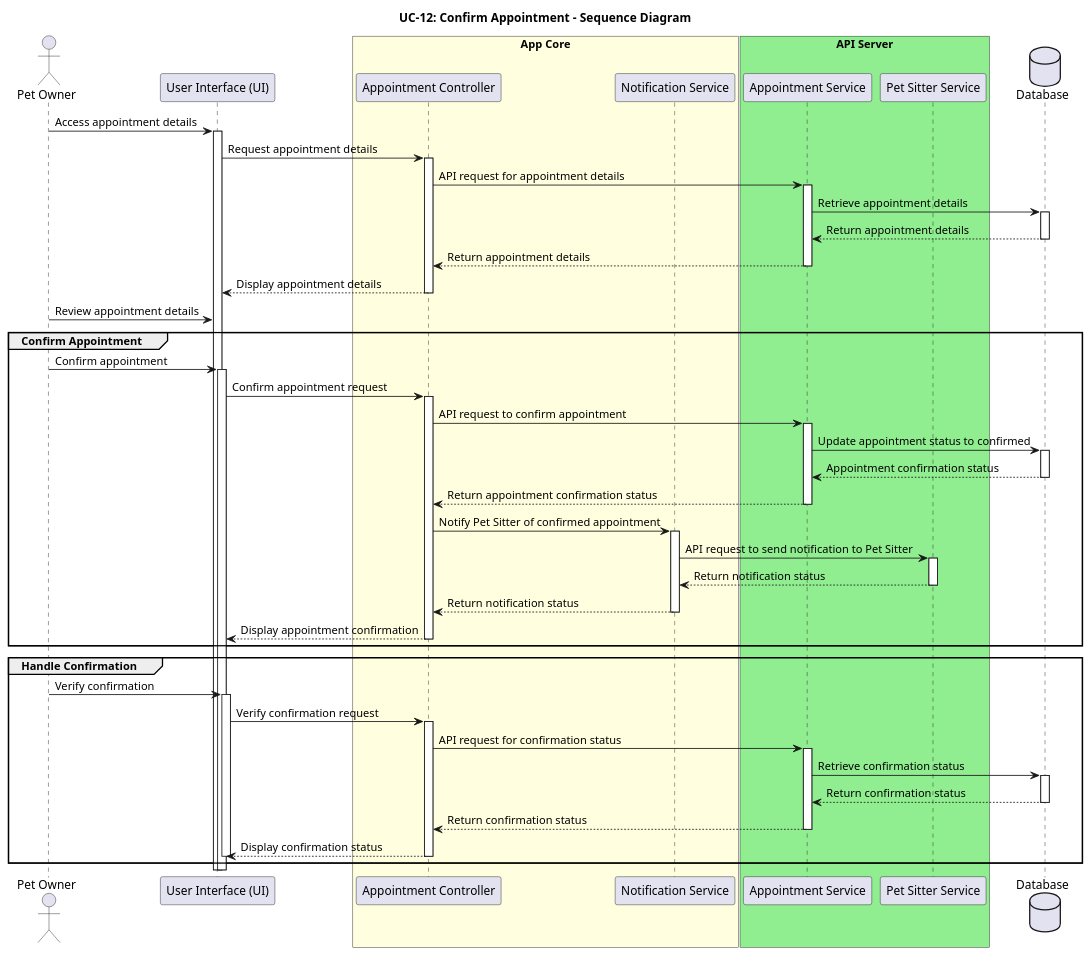
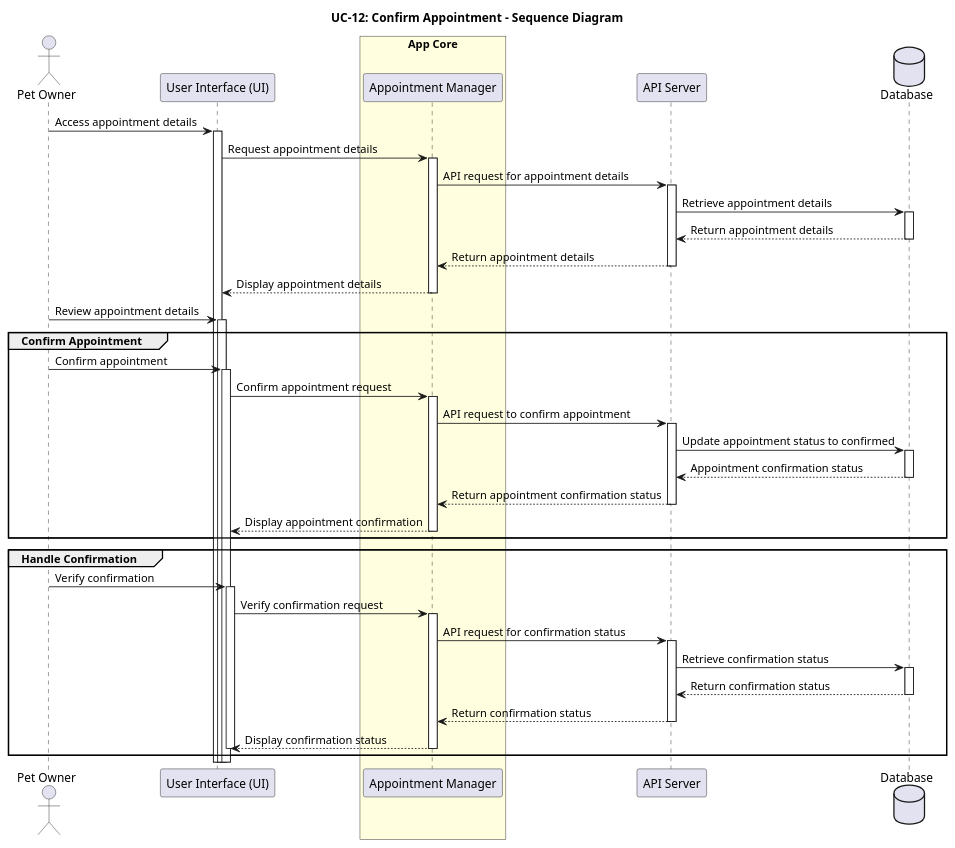
The diagram in Documents/PlantUML/UC-12_SEQUENCE_Diagram.puml (IrenePorta/PetSitters), drawn with PlantUML before and after one commit. The commit also changed other lines of this file, not shown here.

```diff
--- a/Documents/PlantUML/UC-12_SEQUENCE_Diagram.puml
+++ b/Documents/PlantUML/UC-12_SEQUENCE_Diagram.puml
@@ -1,98 +1,64 @@
 @startuml
 title UC-12: Confirm Appointment - Sequence Diagram
 
 actor "Pet Owner" as owner
 participant "User Interface (UI)" as ui
 box "App Core" #LightYellow
-  participant "Appointment Controller" as appCtrl
-  participant "Notification Service" as notifService
+  participant "Appointment Manager" as core
 end box
-box "API Server" #LightGreen
-  participant "Appointment Service" as appService
-  participant "Pet Sitter Service" as sitterService
-end box
+participant "API Server" as server
 database "Database" as db
 
 owner -> ui: Access appointment details
 activate ui
-
-ui -> appCtrl: Request appointment details
-activate appCtrl
-
-appCtrl -> appService: API request for appointment details
-activate appService
-
-appService -> db: Retrieve appointment details
+ui -> core: Request appointment details
+activate core
+core -> server: API request for appointment details
+activate server
+server -> db: Retrieve appointment details
 activate db
-
-db --> appService: Return appointment details
+db --> server: Return appointment details
 deactivate db
-
-appService --> appCtrl: Return appointment details
-deactivate appService
-
-appCtrl --> ui: Display appointment details
-deactivate appCtrl
-
+server --> core: Return appointment details
+deactivate server
+core --> ui: Display appointment details
+deactivate core
 owner -> ui: Review appointment details
+activate ui
 
 group Confirm Appointment
     owner -> ui: Confirm appointment
     activate ui
-
-    ui -> appCtrl: Confirm appointment request
-    activate appCtrl
-
-    appCtrl -> appService: API request to confirm appointment
-    activate appService
-
-    appService -> db: Update appointment status to confirmed
+    ui -> core: Confirm appointment request
+    activate core
+    core -> server: API request to confirm appointment
+    activate server
+    server -> db: Update appointment status to confirmed
     activate db
-
-    db --> appService: Appointment confirmation status
+    db --> server: Appointment confirmation status
     deactivate db
-
-    appService --> appCtrl: Return appointment confirmation status
-    deactivate appService
-
-    appCtrl -> notifService: Notify Pet Sitter of confirmed appointment
-    activate notifService
-
-    notifService -> sitterService: API request to send notification to Pet Sitter
-    activate sitterService
-
-    sitterService --> notifService: Return notification status
-    deactivate sitterService
-
-    notifService --> appCtrl: Return notification status
-    deactivate notifService
-
-    appCtrl --> ui: Display appointment confirmation
-    deactivate appCtrl
+    server --> core: Return appointment confirmation status
+    deactivate server
+    core --> ui: Display appointment confirmation
+    deactivate core
 end group
 
 group Handle Confirmation
     owner -> ui: Verify confirmation
     activate ui
-
-    ui -> appCtrl: Verify confirmation request
-    activate appCtrl
-
-    appCtrl -> appService: API request for confirmation status
-    activate appService
-
-    appService -> db: Retrieve confirmation status
+    ui -> core: Verify confirmation request
+    activate core
+    core -> server: API request for confirmation status
+    activate server
+    server -> db: Retrieve confirmation status
     activate db
-
-    db --> appService: Return confirmation status
+    db --> server: Return confirmation status
     deactivate db
-
-    appService --> appCtrl: Return confirmation status
-    deactivate appService
-
-    appCtrl --> ui: Display confirmation status
-    deactivate appCtrl
+    server --> core: Return confirmation status
+    deactivate server
+    core --> ui: Display confirmation status
+    deactivate core
     deactivate ui
 end group
 
 @enduml
```
